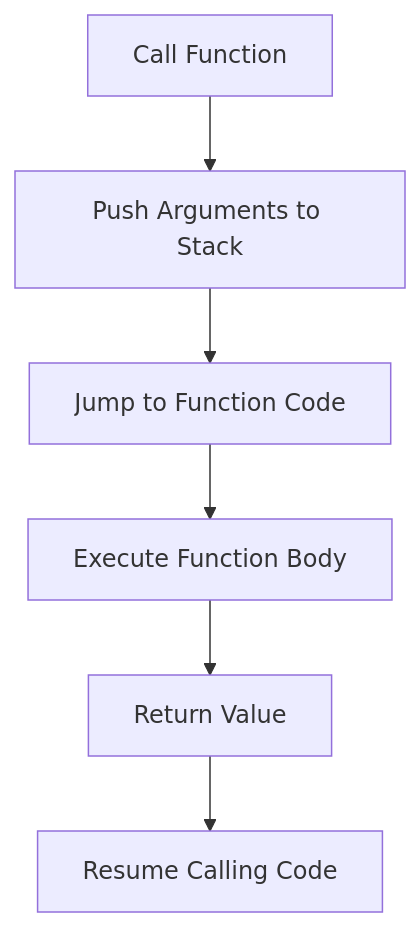
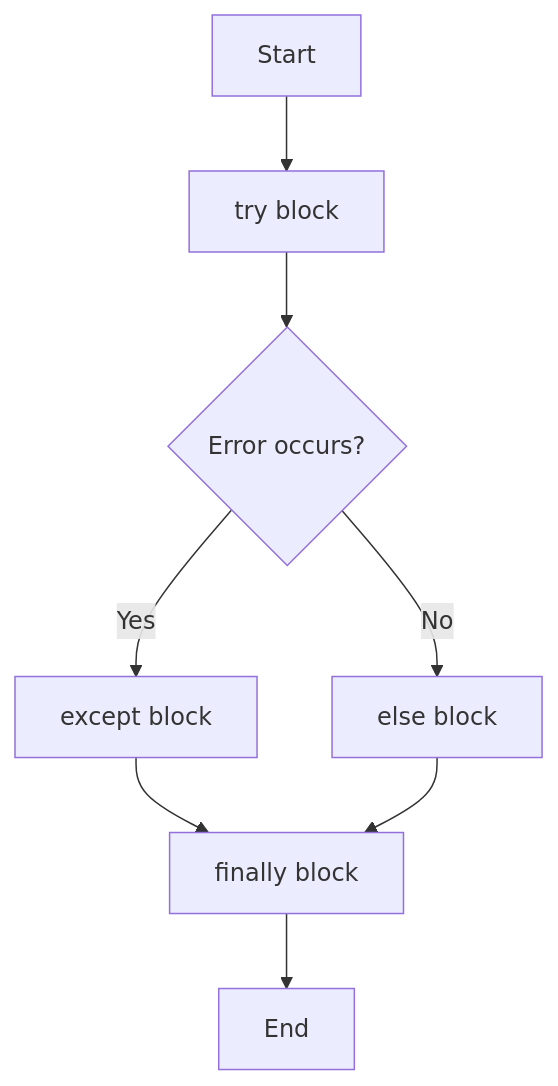
The third of 5 diagrams in apps-standalone/ayokoding-web/content/en/learn/crash-courses/swe/lang/python/basics.md (wahidyankf/oss), drawn with Mermaid before and after one commit. The commit also changed other lines of this file and 40 other files, not shown here.

````diff
--- a/apps-standalone/ayokoding-web/content/en/learn/crash-courses/swe/lang/python/basics.md
+++ b/apps-standalone/ayokoding-web/content/en/learn/crash-courses/swe/lang/python/basics.md
@@ -169,8 +476,10 @@
 ```mermaid
-flowchart TD
-    A[Call Function] --> B[Push Arguments to Stack]
-    B --> C[Jump to Function Code]
-    C --> D[Execute Function Body]
-    D --> E[Return Value]
-    E --> F[Resume Calling Code]
+graph TD
+    A[Start] --> B[try block]
+    B --> C{Error occurs?}
+    C -->|Yes| D[except block]
+    C -->|No| E[else block]
+    D --> F[finally block]
+    E --> F
+    F --> G[End]
 ```
````
